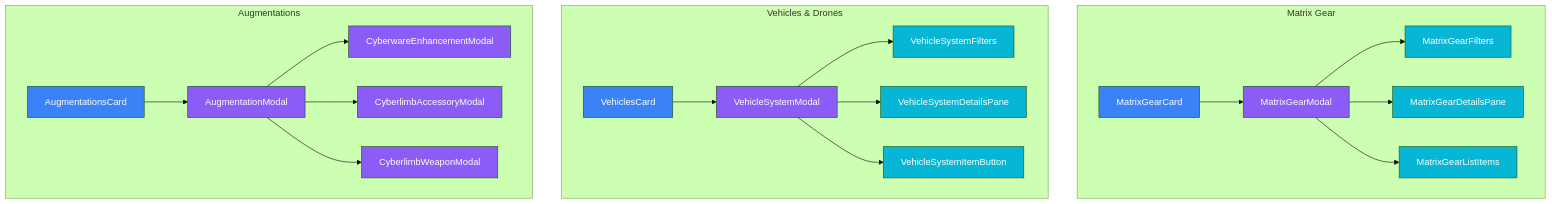
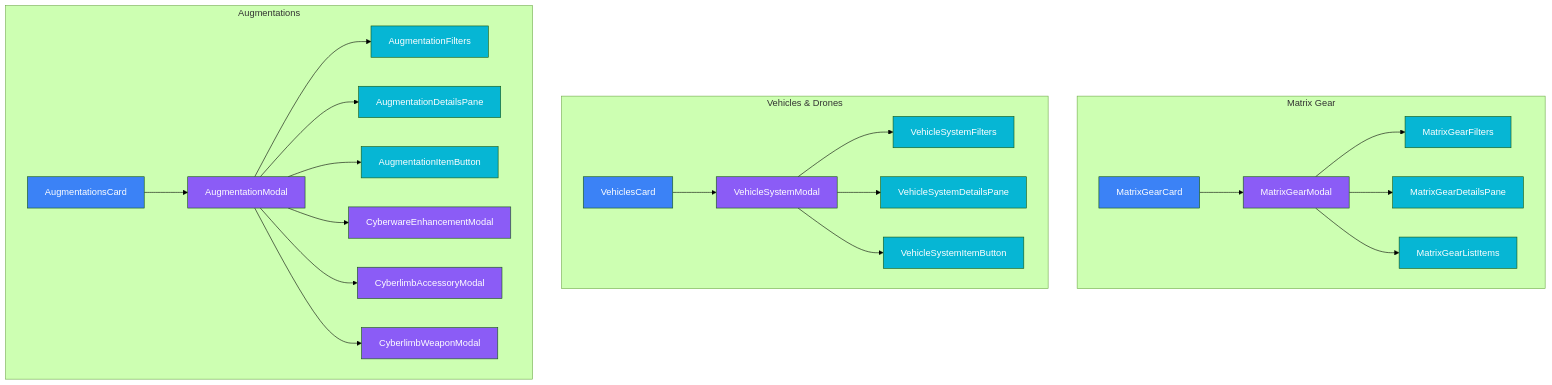
Before and after one commit to Jasrags/ShadowMaster: the diagram in docs/architecture/creation-components/06-matrix-vehicles.md, drawn with Mermaid (forest theme). The commit also changed other lines of this file and 7 other files, not shown here.

First line of the commit message:
refactor(creation): Extract AugmentationModal sub-components (#301)

````diff
--- a/docs/architecture/creation-components/06-matrix-vehicles.md
+++ b/docs/architecture/creation-components/06-matrix-vehicles.md
@@ -7,57 +7,66 @@
 ```mermaid
 graph TD
     subgraph "Matrix Gear"
         MatrixGearCard[MatrixGearCard]
         MatrixGearModal[MatrixGearModal]
         MatrixGearFilters[MatrixGearFilters]
         MatrixGearDetailsPane[MatrixGearDetailsPane]
         MatrixGearListItems[MatrixGearListItems]
 
         MatrixGearCard --> MatrixGearModal
         MatrixGearModal --> MatrixGearFilters
         MatrixGearModal --> MatrixGearDetailsPane
         MatrixGearModal --> MatrixGearListItems
     end
 
     subgraph "Vehicles & Drones"
         VehiclesCard[VehiclesCard]
         VehicleSystemModal[VehicleSystemModal]
         VehicleSystemFilters[VehicleSystemFilters]
         VehicleSystemDetailsPane[VehicleSystemDetailsPane]
         VehicleSystemItemButton[VehicleSystemItemButton]
 
         VehiclesCard --> VehicleSystemModal
         VehicleSystemModal --> VehicleSystemFilters
         VehicleSystemModal --> VehicleSystemDetailsPane
         VehicleSystemModal --> VehicleSystemItemButton
     end
 
     subgraph "Augmentations"
         AugmentationsCard[AugmentationsCard]
         AugmentationModal[AugmentationModal]
+        AugmentationFilters[AugmentationFilters]
+        AugmentationDetailsPane[AugmentationDetailsPane]
+        AugmentationItemButton[AugmentationItemButton]
         CyberwareEnhancementModal[CyberwareEnhancementModal]
         CyberlimbAccessoryModal[CyberlimbAccessoryModal]
         CyberlimbWeaponModal[CyberlimbWeaponModal]
 
         AugmentationsCard --> AugmentationModal
+        AugmentationModal --> AugmentationFilters
+        AugmentationModal --> AugmentationDetailsPane
+        AugmentationModal --> AugmentationItemButton
         AugmentationModal --> CyberwareEnhancementModal
         AugmentationModal --> CyberlimbAccessoryModal
         AugmentationModal --> CyberlimbWeaponModal
     end
 
     style MatrixGearCard fill:#3b82f6,color:#fff
     style MatrixGearModal fill:#8b5cf6,color:#fff
     style MatrixGearFilters fill:#06b6d4,color:#fff
     style MatrixGearDetailsPane fill:#06b6d4,color:#fff
     style MatrixGearListItems fill:#06b6d4,color:#fff
     style VehiclesCard fill:#3b82f6,color:#fff
     style VehicleSystemModal fill:#8b5cf6,color:#fff
     style VehicleSystemFilters fill:#06b6d4,color:#fff
     style VehicleSystemDetailsPane fill:#06b6d4,color:#fff
     style VehicleSystemItemButton fill:#06b6d4,color:#fff
     style AugmentationsCard fill:#3b82f6,color:#fff
     style AugmentationModal fill:#8b5cf6,color:#fff
+    style AugmentationFilters fill:#06b6d4,color:#fff
+    style AugmentationDetailsPane fill:#06b6d4,color:#fff
+    style AugmentationItemButton fill:#06b6d4,color:#fff
     style CyberwareEnhancementModal fill:#8b5cf6,color:#fff
     style CyberlimbAccessoryModal fill:#8b5cf6,color:#fff
     style CyberlimbWeaponModal fill:#8b5cf6,color:#fff
 ```
````
